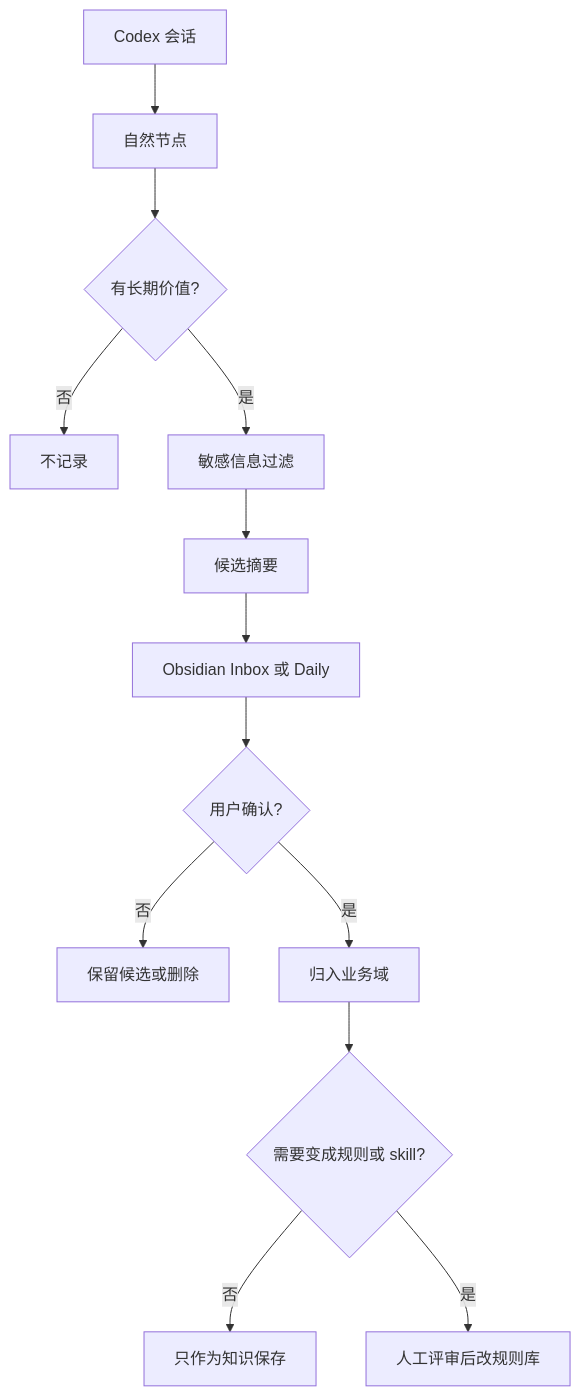
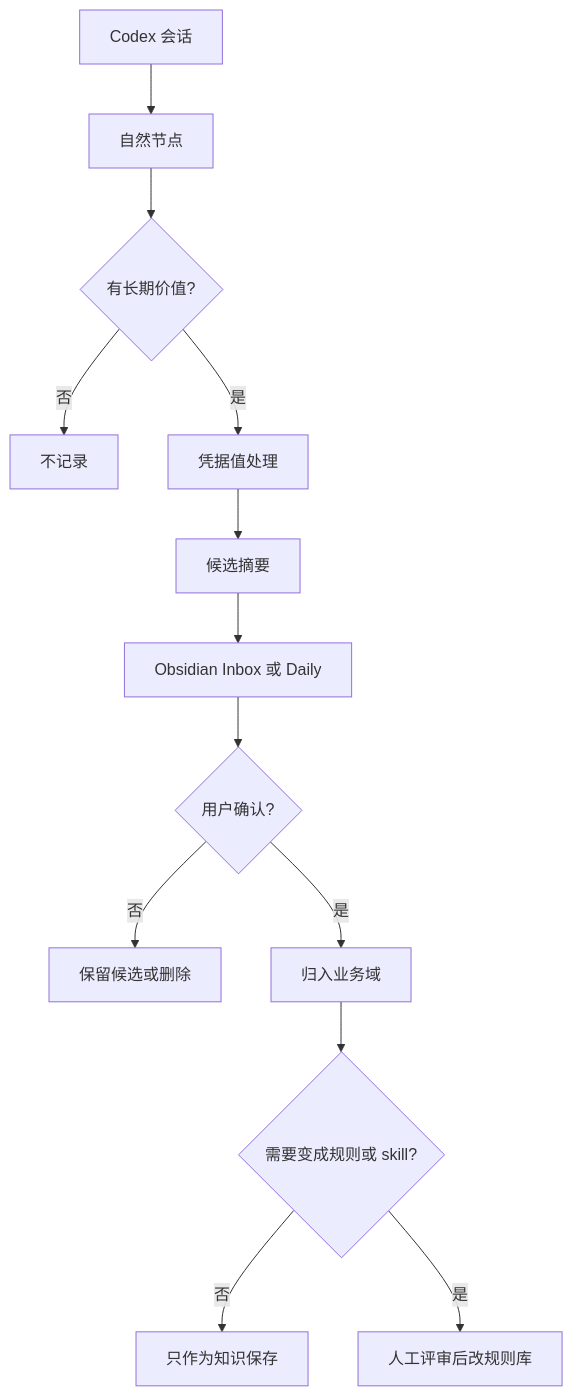
One commit to hugang20230316/ai-agent changed the diagram in docs/superpowers/specs/2026-05-17-codex-obsidian-personal-log-design.md. Above: the diagram before and after it, drawn with Mermaid. The commit also changed other lines of this file and 2 other files, not shown here.

````diff
--- a/docs/superpowers/specs/2026-05-17-codex-obsidian-personal-log-design.md
+++ b/docs/superpowers/specs/2026-05-17-codex-obsidian-personal-log-design.md
@@ -44,15 +46,15 @@
 ```mermaid
 flowchart TD
   A[Codex 会话] --> B[自然节点]
   B --> C{有长期价值?}
   C -- 否 --> D[不记录]
-  C -- 是 --> E[敏感信息过滤]
+  C -- 是 --> E[凭据值处理]
   E --> F[候选摘要]
   F --> G[Obsidian Inbox 或 Daily]
   G --> H{用户确认?}
   H -- 否 --> I[保留候选或删除]
   H -- 是 --> J[归入业务域]
   J --> K{需要变成规则或 skill?}
   K -- 否 --> L[只作为知识保存]
   K -- 是 --> M[人工评审后改规则库]
 ```
````
